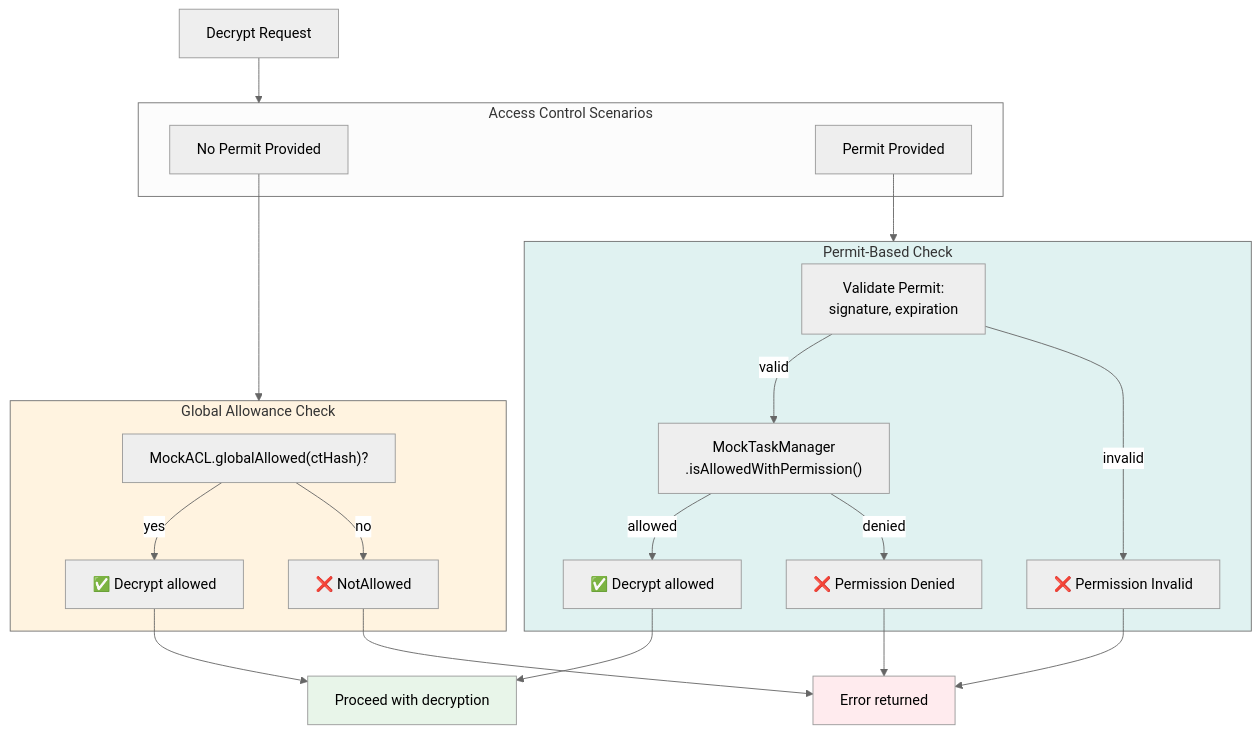
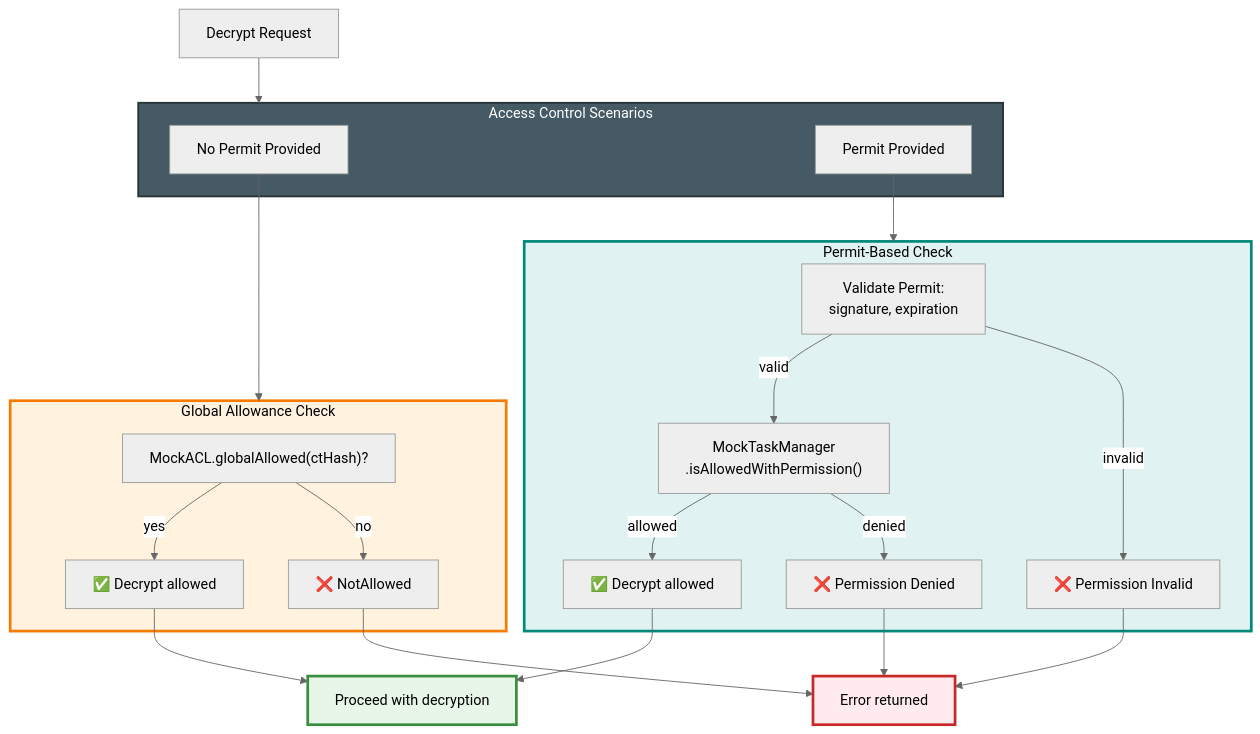
Before and after one commit to FhenixProtocol/cofhesdk: the fifth of 7 diagrams in ARCHITECTURE.md, drawn with Mermaid (neutral theme). The commit also changed other lines of this file, not shown here.

Commit message:
chore: architecture diagram: better colors for headings

````diff
--- a/ARCHITECTURE.md
+++ b/ARCHITECTURE.md
@@ -198,39 +204,40 @@
 ```mermaid
 graph TB
     Query["Decrypt Request"]
     
     subgraph Scenarios["Access Control Scenarios"]
         NoPerm["No Permit Provided"]
         WithPerm["Permit Provided"]
     end
     
     Query --> Scenarios
     
     subgraph GlobalCheck["Global Allowance Check"]
         CheckGlobal["MockACL.globalAllowed(ctHash)?"]
         CheckGlobal -->|yes| AllowGlobal["✅ Decrypt allowed"]
         CheckGlobal -->|no| DenyGlobal["❌ NotAllowed"]
     end
     
     subgraph PermCheck["Permit-Based Check"]
         ValidatePerm["Validate Permit:<br/>signature, expiration"]
         ValidatePerm -->|valid| CheckPerm["MockTaskManager<br/>.isAllowedWithPermission()"]
         ValidatePerm -->|invalid| DenyPerm["❌ Permission Invalid"]
         CheckPerm -->|allowed| AllowPerm["✅ Decrypt allowed"]
         CheckPerm -->|denied| DenyAccess["❌ Permission Denied"]
     end
     
     NoPerm --> GlobalCheck
     WithPerm --> PermCheck
     
     AllowGlobal --> Decrypt["Proceed with decryption"]
     AllowPerm --> Decrypt
     DenyGlobal --> Error["Error returned"]
     DenyPerm --> Error
     DenyAccess --> Error
     
-    style GlobalCheck fill:#fff3e0
-    style PermCheck fill:#e0f2f1
-    style Decrypt fill:#e8f5e9
-    style Error fill:#ffebee
+    style GlobalCheck fill:#fff3e0,stroke:#f57c00,stroke-width:3px,color:#000
+    style PermCheck fill:#e0f2f1,stroke:#00897b,stroke-width:3px,color:#000
+    style Decrypt fill:#e8f5e9,stroke:#388e3c,stroke-width:3px,color:#000
+    style Error fill:#ffebee,stroke:#c62828,stroke-width:3px,color:#000
+    style Scenarios fill:#455a64,stroke:#263238,stroke-width:2px,color:#fff
 ```
````
